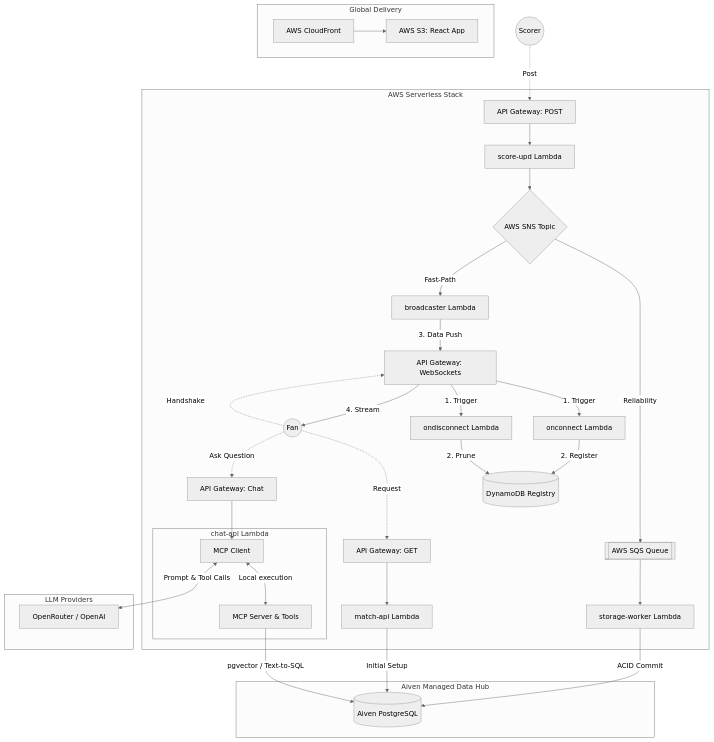
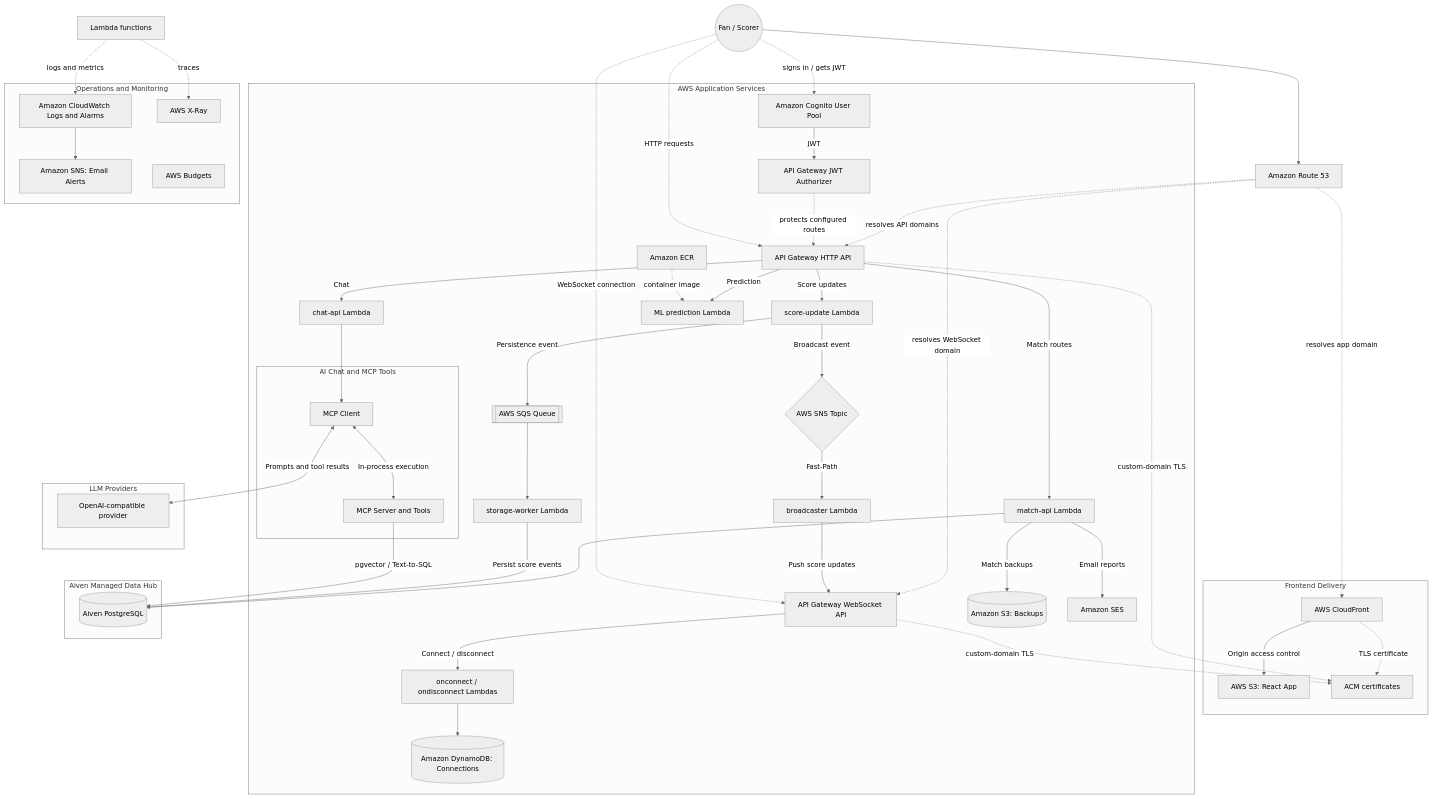
Before and after one commit to venkatesh-singamsetty/cricscore: the diagram in README.md, drawn with Mermaid (neutral theme). The commit also changed other lines of this file and 73 other files, not shown here.

````diff
--- a/README.md
+++ b/README.md
@@ -42,62 +42,74 @@
 ```mermaid
 graph TD
-    %% Global CDN Layer
-    subgraph CDN [Global Delivery]
-        CF[AWS CloudFront] --> S3[AWS S3: React App]
+    %% DNS, TLS and static frontend
+    Fan((Fan / Scorer)) --> DNS[Amazon Route 53]
+    DNS -. resolves app domain .-> CF[AWS CloudFront]
+    DNS -. resolves API domains .-> HTTP[API Gateway HTTP API]
+    DNS -. resolves WebSocket domain .-> WS_GW[API Gateway WebSocket API]
+
+    subgraph CDN [Frontend Delivery]
+        CF -->|Origin access control| S3[AWS S3: React App]
+        CF -. TLS certificate .-> ACM[ACM certificates]
     end
 
-    %% Cloud Logic
-    subgraph AWS [AWS Serverless Stack]
-        REST_GET[API Gateway: GET] --> match_api[match-api Lambda]
+    %% Identity and application APIs
+    subgraph AWS [AWS Application Services]
+        Cognito[Amazon Cognito User Pool]
+        Cognito -->|JWT| JWT[API Gateway JWT Authorizer]
+        JWT -. protects configured routes .-> HTTP
 
-        REST_POST[API Gateway: POST] --> score_update[score-upd Lambda]
-        score_update --> SNS{AWS SNS Topic}
+        HTTP -->|Match routes| match_api[match-api Lambda]
+        HTTP -->|Score updates| score_update[score-update Lambda]
+        HTTP -->|Chat| chat_api[chat-api Lambda]
+        HTTP -->|Prediction| ml_predict[ML prediction Lambda]
+        HTTP -. custom-domain TLS .-> ACM
+        WS_GW -. custom-domain TLS .-> ACM
 
-        %% Agentic AI
-        REST_AI[API Gateway: Chat] --> MCP_C
-
-        subgraph chat_api [chat-api Lambda]
-            MCP_C[MCP Client]
-            MCP_S[MCP Server & Tools]
-            MCP_C <-->|Local execution| MCP_S
-        end
-
-        %% Consumer logic
-        SNS -->|Reliability| SQS[[AWS SQS Queue]]
+        score_update -->|Broadcast event| SNS{AWS SNS Topic}
+        score_update -->|Persistence event| SQS[[AWS SQS Queue]]
         SQS --> storage_worker[storage-worker Lambda]
-
         SNS -->|Fast-Path| broadcaster[broadcaster Lambda]
 
-        %% WebSocket Gateway Hub
-        WS_GW[API Gateway: WebSockets] -->|1. Trigger| onConnect[onconnect Lambda]
-        WS_GW -->|1. Trigger| onDisconnect[ondisconnect Lambda]
+        WS_GW -->|Connect / disconnect| connection_handlers[onconnect / ondisconnect Lambdas]
+        connection_handlers --> DDB[(Amazon DynamoDB: Connections)]
+        broadcaster -->|Push score updates| WS_GW
 
-        onConnect -->|2. Register| DDB[(DynamoDB Registry)]
-        onDisconnect -->|2. Prune| DDB
+        subgraph Chat [AI Chat and MCP Tools]
+            MCP_C[MCP Client]
+            MCP_S[MCP Server and Tools]
+            MCP_C <-->|In-process execution| MCP_S
+        end
+        chat_api --> MCP_C
 
-        broadcaster -->|3. Data Push| WS_GW
-        WS_GW -->|4. Stream| Fan
+        ECR[Amazon ECR] -. container image .-> ml_predict
+        match_api -->|Match backups| BackupS3[(Amazon S3: Backups)]
+        match_api -->|Email reports| SES[Amazon SES]
     end
 
-    %% Data Hub
     subgraph Aiven [Aiven Managed Data Hub]
         PG[(Aiven PostgreSQL)]
     end
 
-    %% External AI Models
     subgraph AI [LLM Providers]
-        LLM[OpenRouter / OpenAI]
+        LLM[OpenAI-compatible provider]
     end
 
-    %% Explicit data routing
-    match_api -->|Initial Setup| PG
-    storage_worker -->|ACID Commit| PG
+    subgraph Operations [Operations and Monitoring]
+        CW[Amazon CloudWatch Logs and Alarms]
+        AlertSNS[Amazon SNS: Email Alerts]
+        XRay[AWS X-Ray]
+        Budget[AWS Budgets]
+    end
+    LambdaLogs[Lambda functions] -. logs and metrics .-> CW
+    CW --> AlertSNS
+    LambdaLogs -. traces .-> XRay
+
+    %% Data and user flows
+    Fan -. HTTP requests .-> HTTP
+    Fan -. WebSocket connection .-> WS_GW
+    match_api --> PG
+    storage_worker -->|Persist score events| PG
     MCP_S -->|pgvector / Text-to-SQL| PG
-    MCP_C <-->|Prompt & Tool Calls| LLM
-
-    %% User Interaction Labels
-    Fan((Fan)) -.->|Request| REST_GET
-    Fan -.->|Handshake| WS_GW
-    Fan -.->|Ask Question| REST_AI
-    Scorer((Scorer)) -.->|Post| REST_POST
+    MCP_C <-->|Prompts and tool results| LLM
+    Fan -. signs in / gets JWT .-> Cognito
 ```
````
